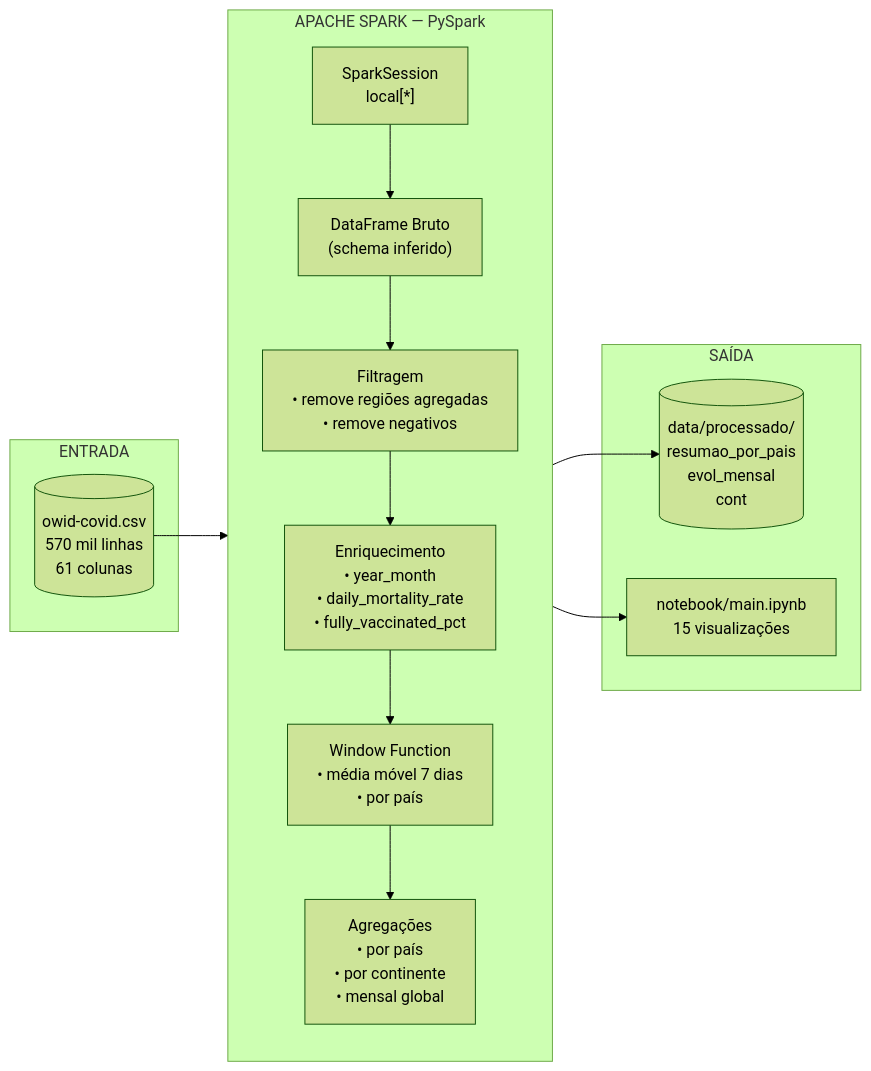
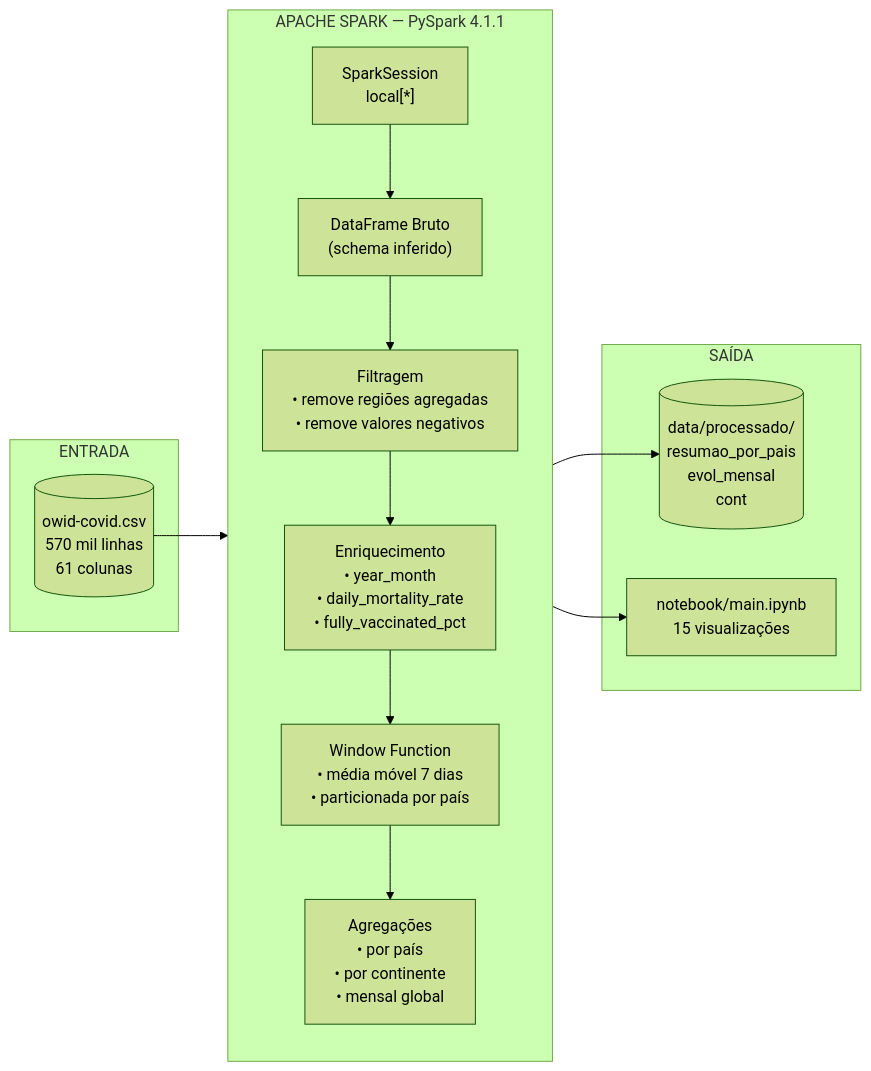
The first of 12 diagrams in DOCUMENTACAO.md (isabelacarone/eda-covid19), drawn with Mermaid (forest theme) before and after one commit. The commit also changed other lines of this file and 1 other file, not shown here.

````diff
--- a/DOCUMENTACAO.md
+++ b/DOCUMENTACAO.md
@@ -43,27 +42,26 @@
 ```mermaid
 flowchart LR
 
     subgraph ENTRADA["ENTRADA"]
         A[("owid-covid.csv\n570 mil linhas\n61 colunas")]
     end
 
-    subgraph SPARK["APACHE SPARK — PySpark"]
+    subgraph SPARK["APACHE SPARK — PySpark 4.1.1"]
         direction TB
         B["SparkSession\nlocal[*]"]
         C["DataFrame Bruto\n(schema inferido)"]
-        D["Filtragem\n• remove regiões agregadas\n• remove negativos"]
+        D["Filtragem\n• remove regiões agregadas\n• remove valores negativos"]
         E["Enriquecimento\n• year_month\n• daily_mortality_rate\n• fully_vaccinated_pct"]
-        F["Window Function\n• média móvel 7 dias\n• por país"]
+        F["Window Function\n• média móvel 7 dias\n• particionada por país"]
         G["Agregações\n• por país\n• por continente\n• mensal global"]
     end
 
     subgraph SAIDA["SAÍDA"]
         H[("data/processado/\nresumao_por_pais\nevol_mensal\ncont")]
         I["notebook/main.ipynb\n15 visualizações"]
     end
 
     A --> B --> C --> D --> E --> F --> G
     G --> H
     G --> I
-
 ```
````
